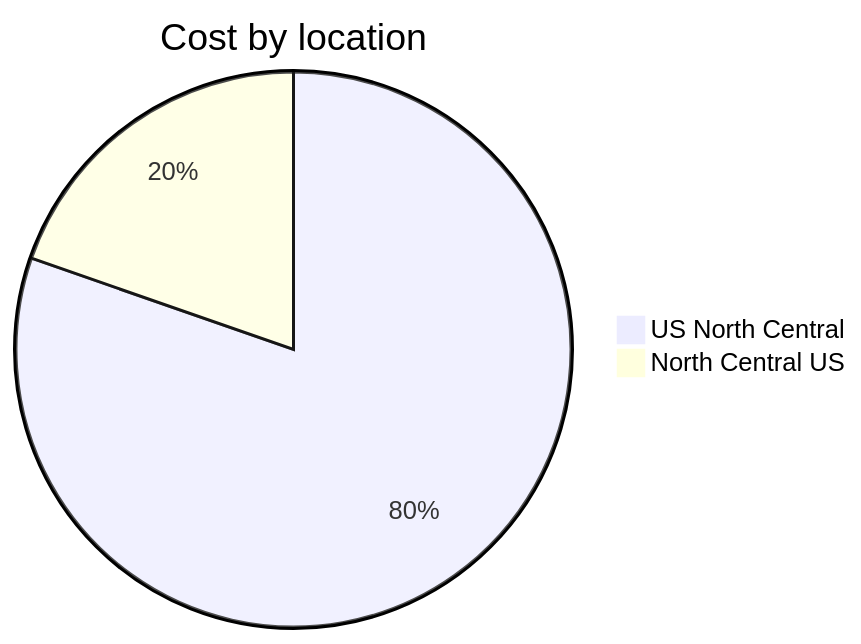
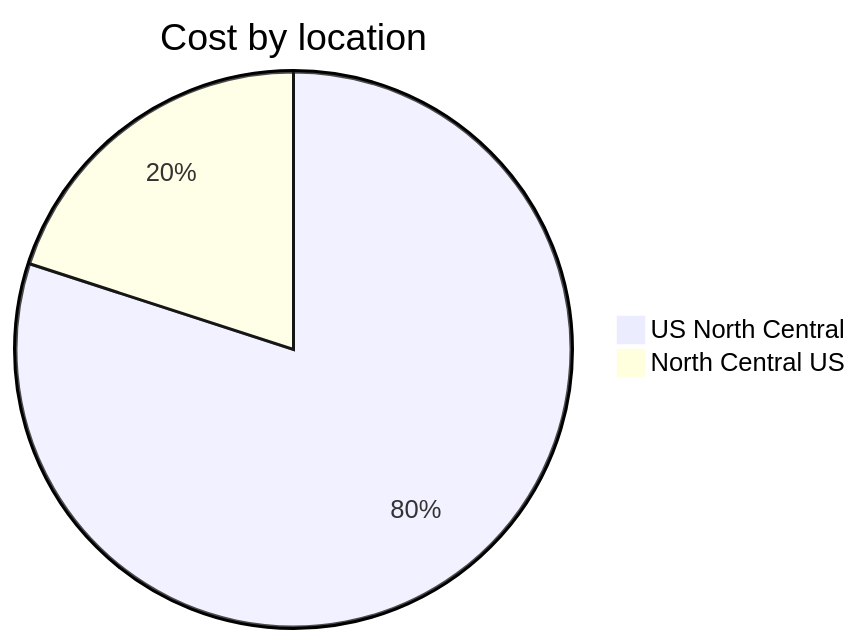
Before and after one commit to jpfulton/azure-personal-reports: the third of 4 diagrams in cost-reports/personal-network/vpn-server_OsDisk.md, drawn with Mermaid. The commit also changed other lines of this file and 8 other files, not shown here.

````diff
--- a/cost-reports/personal-network/vpn-server_OsDisk.md
+++ b/cost-reports/personal-network/vpn-server_OsDisk.md
@@ -108,6 +108,6 @@
 ```mermaid
 pie
    title Cost by location
-   "US North Central" : 1.43
-   "North Central US" : 0.35
+   "US North Central" : 1.48
+   "North Central US" : 0.37
 ```
````
